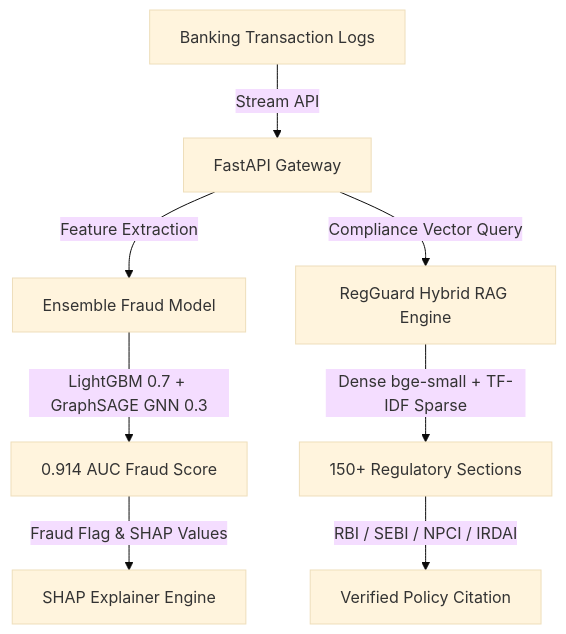
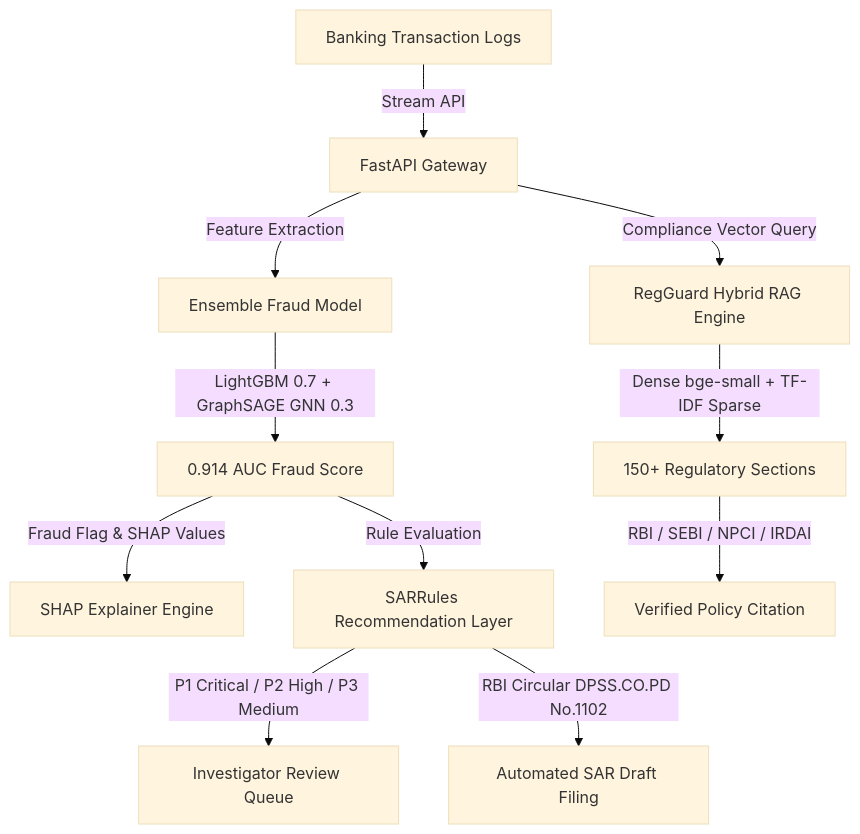
The diagram in README.md (Gaurav711cgu/Aarthaa_ai), drawn with Mermaid (base theme) before and after one commit. The commit also changed other lines of this file, not shown here.

````diff
--- a/README.md
+++ b/README.md
@@ -30,11 +32,15 @@
 ```mermaid
 graph TD
     A[Banking Transaction Logs] -->|Stream API| B[FastAPI Gateway]
     B -->|Feature Extraction| C[Ensemble Fraud Model]
     C -->|LightGBM 0.7 + GraphSAGE GNN 0.3| D[0.914 AUC Fraud Score]
     D -->|Fraud Flag & SHAP Values| E[SHAP Explainer Engine]
+    D -->|Rule Evaluation| F[SARRules Recommendation Layer]
     
-    B -->|Compliance Vector Query| F[RegGuard Hybrid RAG Engine]
-    F -->|Dense bge-small + TF-IDF Sparse| G[150+ Regulatory Sections]
-    G -->|RBI / SEBI / NPCI / IRDAI| H[Verified Policy Citation]
+    F -->|P1 Critical / P2 High / P3 Medium| G[Investigator Review Queue]
+    F -->|RBI Circular DPSS.CO.PD No.1102| H[Automated SAR Draft Filing]
+
+    B -->|Compliance Vector Query| I[RegGuard Hybrid RAG Engine]
+    I -->|Dense bge-small + TF-IDF Sparse| J[150+ Regulatory Sections]
+    J -->|RBI / SEBI / NPCI / IRDAI| K[Verified Policy Citation]
 ```
````
